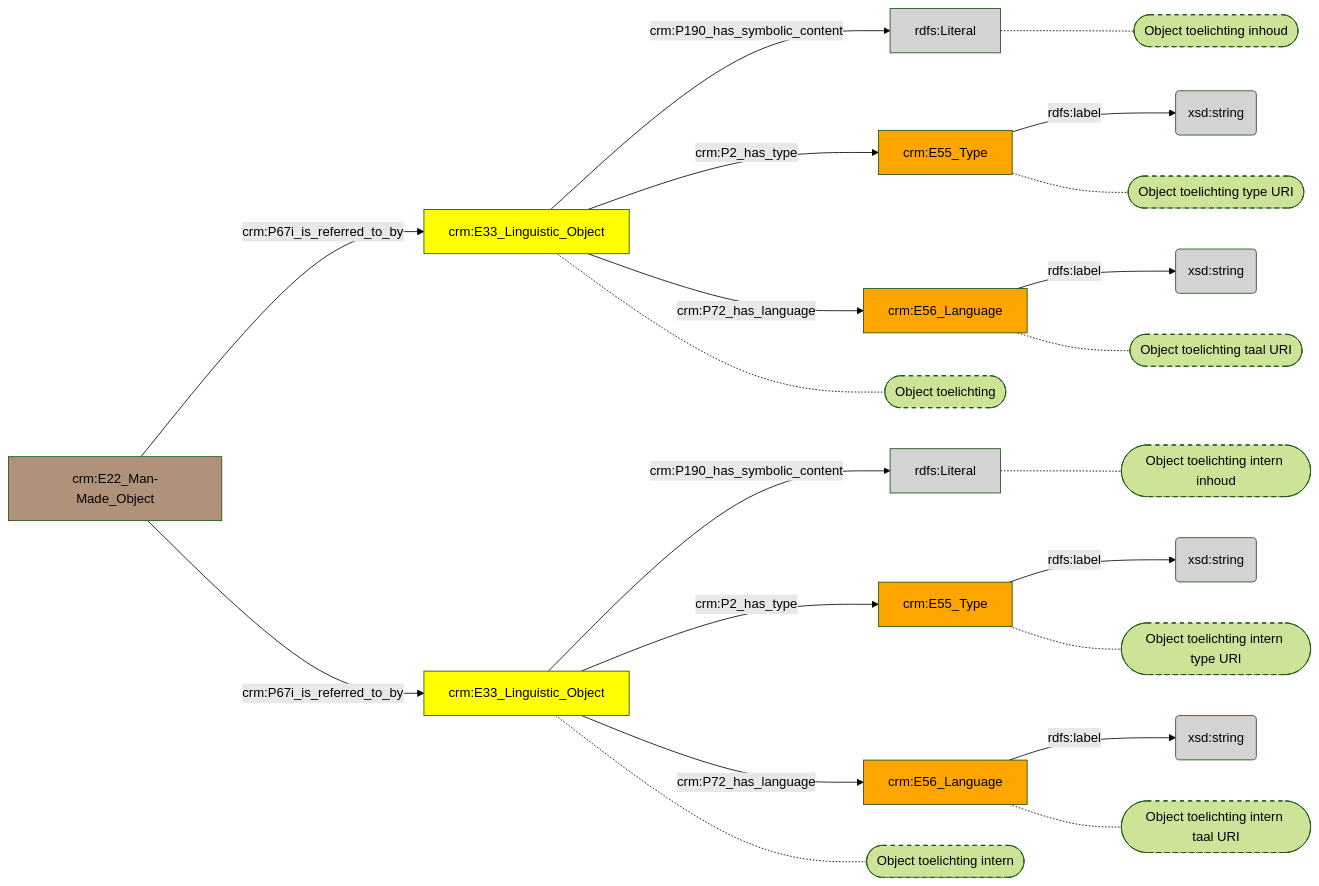
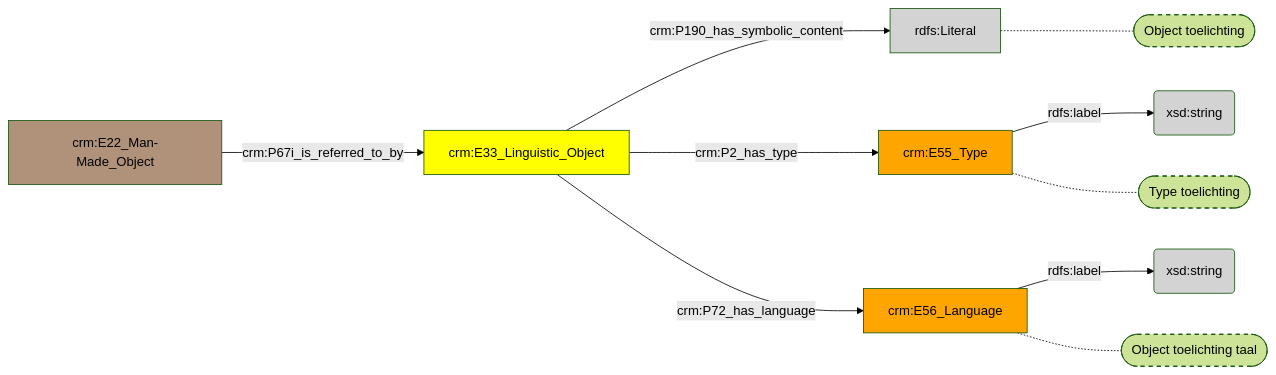
The diagram in docs/content/modellen/BibliographicalItem/Aantekeningen.md (digipolisantwerpdocumentation/antwerp-cultureel-erfgoed), drawn with Mermaid (forest theme) before and after one commit. The commit also changed 16 other files, not shown here.

````diff
--- a/docs/content/modellen/BibliographicalItem/Aantekeningen.md
+++ b/docs/content/modellen/BibliographicalItem/Aantekeningen.md
@@ -1,44 +1,22 @@
 ```mermaid
 graph LR
 35eb661e-ee5e-11ed-a1e6-00163e71351b["crm:E33_Linguistic_Object"]-->|"crm:P190_has_symbolic_content"|35eb71cc-ee5e-11ed-a1e6-00163e71351b(rdfs:Literal)
 35eb6d76-ee5e-11ed-a1e6-00163e71351b["crm:E55_Type"]-->|"rdfs:label"|35eb7578-ee5e-11ed-a1e6-00163e71351b(xsd:string)
 35eb6fce-ee5e-11ed-a1e6-00163e71351b["crm:E56_Language"]-->|"rdfs:label"|35eb73ac-ee5e-11ed-a1e6-00163e71351b(xsd:string)
-ec731270-62b6-11ee-b0c4-00163e71351b["crm:E33_Linguistic_Object"]-->|"crm:P190_has_symbolic_content"|ec731838-62b6-11ee-b0c4-00163e71351b(rdfs:Literal)
-ec731608-62b6-11ee-b0c4-00163e71351b["crm:E55_Type"]-->|"rdfs:label"|ec731a04-62b6-11ee-b0c4-00163e71351b(xsd:string)
-ec73173e-62b6-11ee-b0c4-00163e71351b["crm:E56_Language"]-->|"rdfs:label"|ec73191e-62b6-11ee-b0c4-00163e71351b(xsd:string)
-099f196c-df80-11ed-9232-00163e71351b["crm:E22_Man-Made_Object"]-->|"crm:P67i_is_referred_to_by"|35eb661e-ee5e-11ed-a1e6-00163e71351b["crm:E33_Linguistic_Object"]
-099f196c-df80-11ed-9232-00163e71351b["crm:E22_Man-Made_Object"]-->|"crm:P67i_is_referred_to_by"|ec731270-62b6-11ee-b0c4-00163e71351b["crm:E33_Linguistic_Object"]
-35eb661e-ee5e-11ed-a1e6-00163e71351b["crm:E33_Linguistic_Object"]-->|"crm:P2_has_type"|35eb6d76-ee5e-11ed-a1e6-00163e71351b["crm:E55_Type"]
-35eb661e-ee5e-11ed-a1e6-00163e71351b["crm:E33_Linguistic_Object"]-->|"crm:P72_has_language"|35eb6fce-ee5e-11ed-a1e6-00163e71351b["crm:E56_Language"]
-ec731270-62b6-11ee-b0c4-00163e71351b["crm:E33_Linguistic_Object"]-->|"crm:P2_has_type"|ec731608-62b6-11ee-b0c4-00163e71351b["crm:E55_Type"]
-ec731270-62b6-11ee-b0c4-00163e71351b["crm:E33_Linguistic_Object"]-->|"crm:P72_has_language"|ec73173e-62b6-11ee-b0c4-00163e71351b["crm:E56_Language"]
-35eb661e-ee5e-11ed-a1e6-00163e71351b["crm:E33_Linguistic_Object"]-.-35eb661e-ee5e-11ed-a1e6-00163e71351b_s(["Object toelichting"])
-ec731270-62b6-11ee-b0c4-00163e71351b["crm:E33_Linguistic_Object"]-.-ec731270-62b6-11ee-b0c4-00163e71351b_s(["Object toelichting intern"])
-35eb71cc-ee5e-11ed-a1e6-00163e71351b["rdfs:Literal"]-.-35eb71cc-ee5e-11ed-a1e6-00163e71351b_s(["Object toelichting inhoud"])
-35eb6d76-ee5e-11ed-a1e6-00163e71351b["crm:E55_Type"]-.-35eb6d76-ee5e-11ed-a1e6-00163e71351b_s(["Object toelichting type URI"])
-35eb6fce-ee5e-11ed-a1e6-00163e71351b["crm:E56_Language"]-.-35eb6fce-ee5e-11ed-a1e6-00163e71351b_s(["Object toelichting taal URI"])
-ec731838-62b6-11ee-b0c4-00163e71351b["rdfs:Literal"]-.-ec731838-62b6-11ee-b0c4-00163e71351b_s(["Object toelichting intern inhoud"])
-ec731608-62b6-11ee-b0c4-00163e71351b["crm:E55_Type"]-.-ec731608-62b6-11ee-b0c4-00163e71351b_s(["Object toelichting intern type URI"])
-ec73173e-62b6-11ee-b0c4-00163e71351b["crm:E56_Language"]-.-ec73173e-62b6-11ee-b0c4-00163e71351b_s(["Object toelichting intern taal URI"])
-style 35eb661e-ee5e-11ed-a1e6-00163e71351b_s stroke-dasharray: 5
-style ec731270-62b6-11ee-b0c4-00163e71351b_s stroke-dasharray: 5
 style 35eb71cc-ee5e-11ed-a1e6-00163e71351b_s stroke-dasharray: 5
 style 35eb6d76-ee5e-11ed-a1e6-00163e71351b_s stroke-dasharray: 5
 style 35eb6fce-ee5e-11ed-a1e6-00163e71351b_s stroke-dasharray: 5
-style ec731838-62b6-11ee-b0c4-00163e71351b_s stroke-dasharray: 5
-style ec731608-62b6-11ee-b0c4-00163e71351b_s stroke-dasharray: 5
-style ec73173e-62b6-11ee-b0c4-00163e71351b_s stroke-dasharray: 5
 style 099f196c-df80-11ed-9232-00163e71351b fill:#B0927A
 style 35eb661e-ee5e-11ed-a1e6-00163e71351b fill:#ffff00
 style 35eb6d76-ee5e-11ed-a1e6-00163e71351b fill:#ffa500
 style 35eb6fce-ee5e-11ed-a1e6-00163e71351b fill:#ffa500
 style 35eb71cc-ee5e-11ed-a1e6-00163e71351b fill:#D3D3D3
 style 35eb73ac-ee5e-11ed-a1e6-00163e71351b fill:#D3D3D3
 style 35eb7578-ee5e-11ed-a1e6-00163e71351b fill:#D3D3D3
-style ec731270-62b6-11ee-b0c4-00163e71351b fill:#ffff00
-style ec731608-62b6-11ee-b0c4-00163e71351b fill:#ffa500
-style ec73173e-62b6-11ee-b0c4-00163e71351b fill:#ffa500
-style ec731838-62b6-11ee-b0c4-00163e71351b fill:#D3D3D3
-style ec73191e-62b6-11ee-b0c4-00163e71351b fill:#D3D3D3
-style ec731a04-62b6-11ee-b0c4-00163e71351b fill:#D3D3D3
+099f196c-df80-11ed-9232-00163e71351b["crm:E22_Man-Made_Object"]-->|"crm:P67i_is_referred_to_by"|35eb661e-ee5e-11ed-a1e6-00163e71351b["crm:E33_Linguistic_Object"]
+35eb661e-ee5e-11ed-a1e6-00163e71351b["crm:E33_Linguistic_Object"]-->|"crm:P2_has_type"|35eb6d76-ee5e-11ed-a1e6-00163e71351b["crm:E55_Type"]
+35eb661e-ee5e-11ed-a1e6-00163e71351b["crm:E33_Linguistic_Object"]-->|"crm:P72_has_language"|35eb6fce-ee5e-11ed-a1e6-00163e71351b["crm:E56_Language"]
+35eb71cc-ee5e-11ed-a1e6-00163e71351b["rdfs:Literal"]-.-35eb71cc-ee5e-11ed-a1e6-00163e71351b_s(["Object toelichting"])
+35eb6d76-ee5e-11ed-a1e6-00163e71351b["crm:E55_Type"]-.-35eb6d76-ee5e-11ed-a1e6-00163e71351b_s(["Type "toelichting""])
+35eb6fce-ee5e-11ed-a1e6-00163e71351b["crm:E56_Language"]-.-35eb6fce-ee5e-11ed-a1e6-00163e71351b_s(["Object toelichting taal"])
 ```
````
